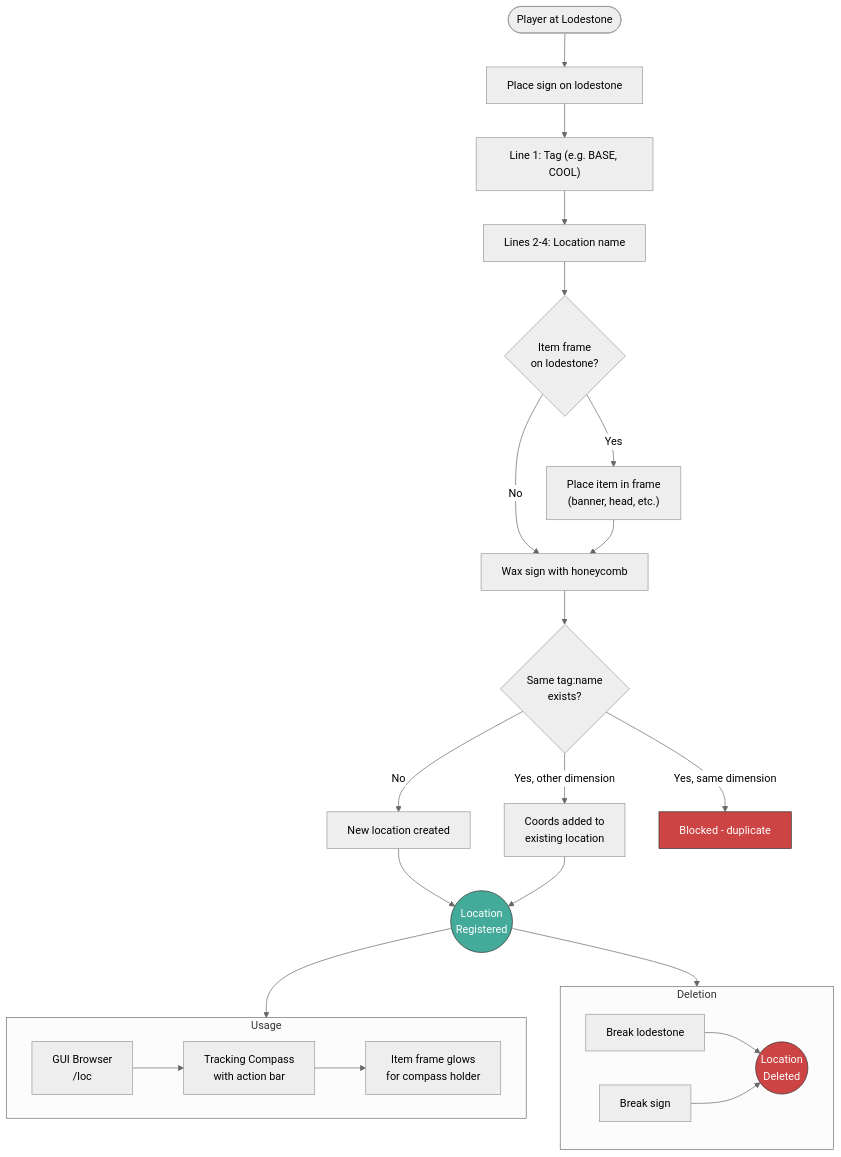
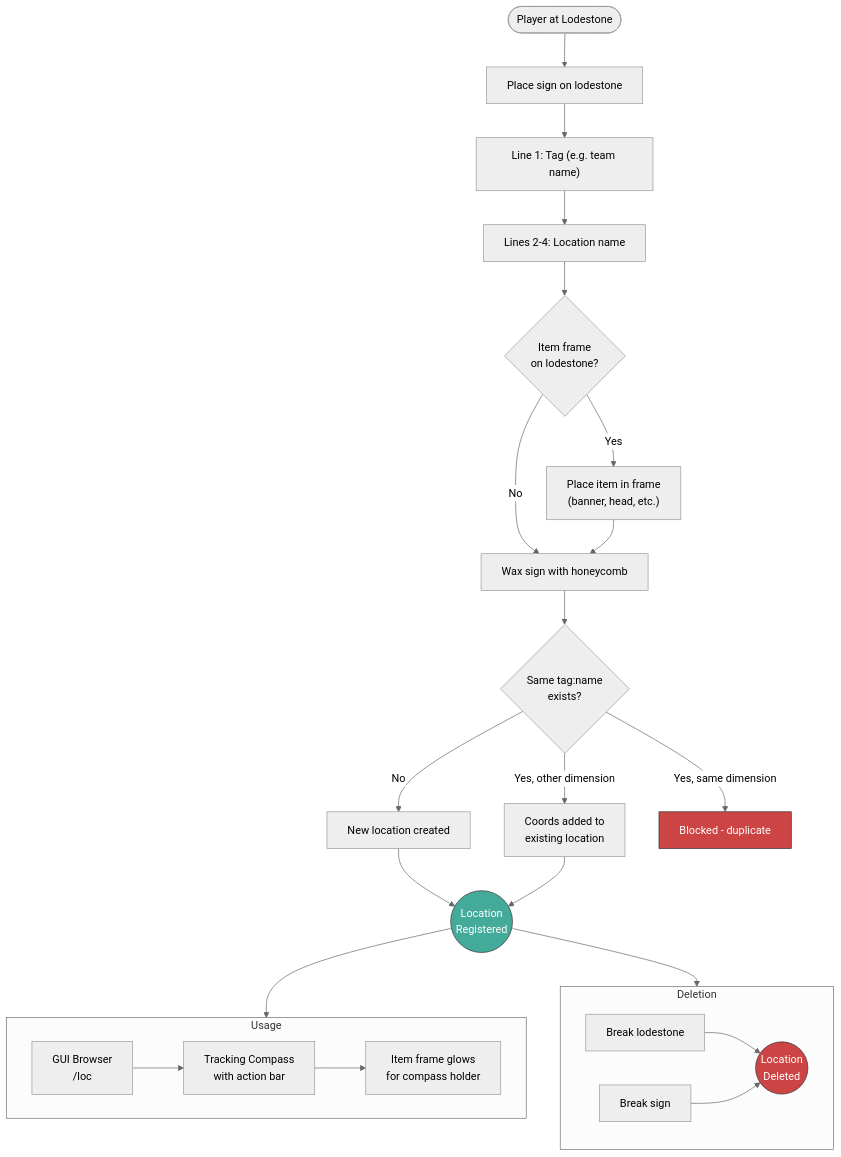
The first of 2 diagrams in README.md (paraf0x/location-manager), drawn with Mermaid (neutral theme) before and after one commit. The commit also changed other lines of this file, not shown here.

````diff
--- a/README.md
+++ b/README.md
@@ -34,40 +34,40 @@
 ```mermaid
 flowchart TD
     Start([Player at Lodestone]) --> PlaceSign[Place sign on lodestone]
-    PlaceSign --> SetTag["Line 1: Tag (e.g. BASE, COOL)"]
+    PlaceSign --> SetTag["Line 1: Tag (e.g. team name)"]
     SetTag --> SetName["Lines 2-4: Location name"]
     SetName --> OptFrame{Item frame\non lodestone?}
     OptFrame -->|Yes| AddItem["Place item in frame\n(banner, head, etc.)"]
     OptFrame -->|No| Wax
     AddItem --> Wax
 
     Wax["Wax sign with honeycomb"] --> CheckDup{Same tag:name\nexists?}
     CheckDup -->|No| Create[New location created]
     CheckDup -->|Yes, other dimension| Link["Coords added to\nexisting location"]
     CheckDup -->|Yes, same dimension| Block[Blocked - duplicate]
 
     Create --> Registered((Location\nRegistered))
     Link --> Registered
 
     Registered --> Use
 
     subgraph Use [Usage]
         GUI["GUI Browser\n/loc"]
         Compass["Tracking Compass\nwith action bar"]
         Glow["Item frame glows\nfor compass holder"]
         GUI --> Compass
         Compass --> Glow
     end
 
     Registered --> Delete
 
     subgraph Delete [Deletion]
         BreakLodestone["Break lodestone"] --> Removed
         BreakSign["Break sign"] --> Removed
         Removed((Location\nDeleted))
     end
 
     style Registered fill:#4a9,stroke:#333,color:#fff
     style Removed fill:#c44,stroke:#333,color:#fff
     style Block fill:#c44,stroke:#333,color:#fff
 ```
````
